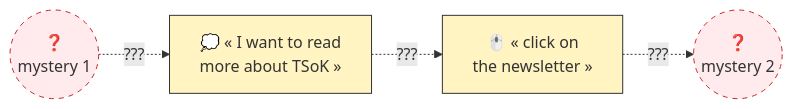
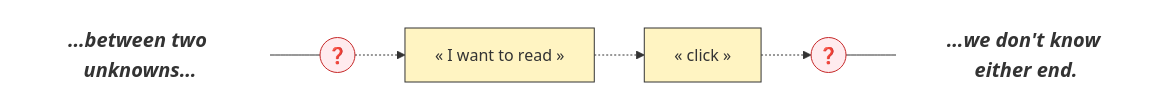
Before and after one commit to ArthurSrz/knowledge_glossary: the fourth of 5 diagrams in daily/2026-06-28 - The Society of Knowledge - Words and weights as marks.md, drawn with Mermaid. The commit also changed other lines of this file, not shown here.

````diff
--- a/daily/2026-06-28 - The Society of Knowledge - Words and weights as marks.md
+++ b/daily/2026-06-28 - The Society of Knowledge - Words and weights as marks.md
@@ -61,10 +50,13 @@
 ```mermaid
 graph LR
-    Q1(("❓<br/>mystery 1")) -.->|"???"| I["💭 « I want to read<br/>more about TSoK »"]
-    I -.->|"???"| C["🖱️ « click on<br/>the newsletter »"]
-    C -.->|"???"| Q2(("❓<br/>mystery 2"))
-    style Q1 fill:#ffebee,stroke:#c62828,stroke-dasharray:5 5
-    style Q2 fill:#ffebee,stroke:#c62828,stroke-dasharray:5 5
+    LEAD["…between two unknowns…"]:::ghost --- Q1
+    Q1((❓)) -.-> I["« I want to read »"]
+    I -.-> C["« click »"]
+    C -.-> Q2((❓))
+    Q2 --- TAIL["…we don't know either end."]:::ghost
+    classDef ghost fill:none,stroke:none,color:#333,font-size:20px,font-style:italic,font-weight:bold
+    style Q1 fill:#ffebee,stroke:#c62828
+    style Q2 fill:#ffebee,stroke:#c62828
     style I fill:#fff4c2,stroke:#333
     style C fill:#fff4c2,stroke:#333
 ```
````
